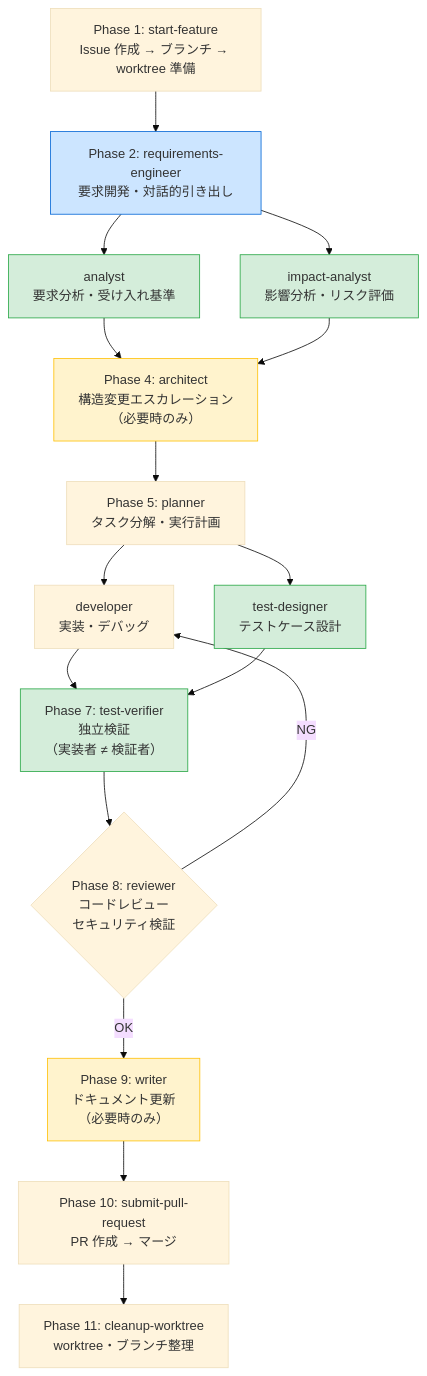
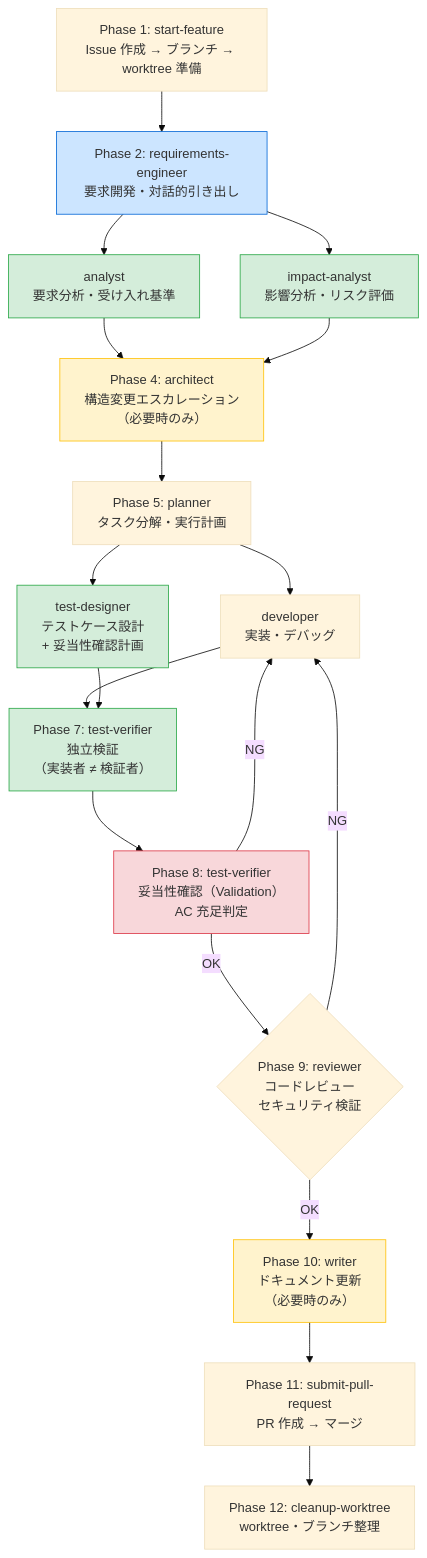
One commit to nanikasheila/copilot-cli-workflow-framework changed the first of 3 diagrams in README.md. Above: the diagram before and after it, drawn with Mermaid (base theme). The commit also changed other lines of this file and 12 other files, not shown here.

````diff
--- a/README.md
+++ b/README.md
@@ -205,36 +205,40 @@
 ```mermaid
 flowchart TD
     P1["Phase 1: start-feature<br/>Issue 作成 → ブランチ → worktree 準備"]
     P2["Phase 2: requirements-engineer<br/>要求開発・対話的引き出し"]
     P3A["analyst<br/>要求分析・受け入れ基準"]
     P3B["impact-analyst<br/>影響分析・リスク評価"]
     P4["Phase 4: architect<br/>構造変更エスカレーション<br/>（必要時のみ）"]
     P5["Phase 5: planner<br/>タスク分解・実行計画"]
     P6A["developer<br/>実装・デバッグ"]
-    P6B["test-designer<br/>テストケース設計"]
+    P6B["test-designer<br/>テストケース設計<br/>+ 妥当性確認計画"]
     P7["Phase 7: test-verifier<br/>独立検証<br/>（実装者 ≠ 検証者）"]
-    P8{"Phase 8: reviewer<br/>コードレビュー<br/>セキュリティ検証"}
-    P9["Phase 9: writer<br/>ドキュメント更新<br/>（必要時のみ）"]
-    P10["Phase 10: submit-pull-request<br/>PR 作成 → マージ"]
-    P11["Phase 11: cleanup-worktree<br/>worktree・ブランチ整理"]
+    P8["Phase 8: test-verifier<br/>妥当性確認（Validation）<br/>AC 充足判定"]
+    P9{"Phase 9: reviewer<br/>コードレビュー<br/>セキュリティ検証"}
+    P10["Phase 10: writer<br/>ドキュメント更新<br/>（必要時のみ）"]
+    P11["Phase 11: submit-pull-request<br/>PR 作成 → マージ"]
+    P12["Phase 12: cleanup-worktree<br/>worktree・ブランチ整理"]
 
     P1 --> P2
     P2 --> P3A & P3B
     P3A & P3B --> P4
     P4 --> P5
     P5 --> P6A & P6B
     P6A & P6B --> P7
     P7 --> P8
     P8 -->|NG| P6A
     P8 -->|OK| P9
-    P9 --> P10
+    P9 -->|NG| P6A
+    P9 -->|OK| P10
     P10 --> P11
+    P11 --> P12
 
     style P2 fill:#cce5ff,stroke:#0366d6
     style P3A fill:#d4edda,stroke:#28a745
     style P3B fill:#d4edda,stroke:#28a745
     style P6B fill:#d4edda,stroke:#28a745
     style P7 fill:#d4edda,stroke:#28a745
+    style P8 fill:#f8d7da,stroke:#dc3545
     style P4 fill:#fff3cd,stroke:#ffc107
-    style P9 fill:#fff3cd,stroke:#ffc107
+    style P10 fill:#fff3cd,stroke:#ffc107
 ```
````
